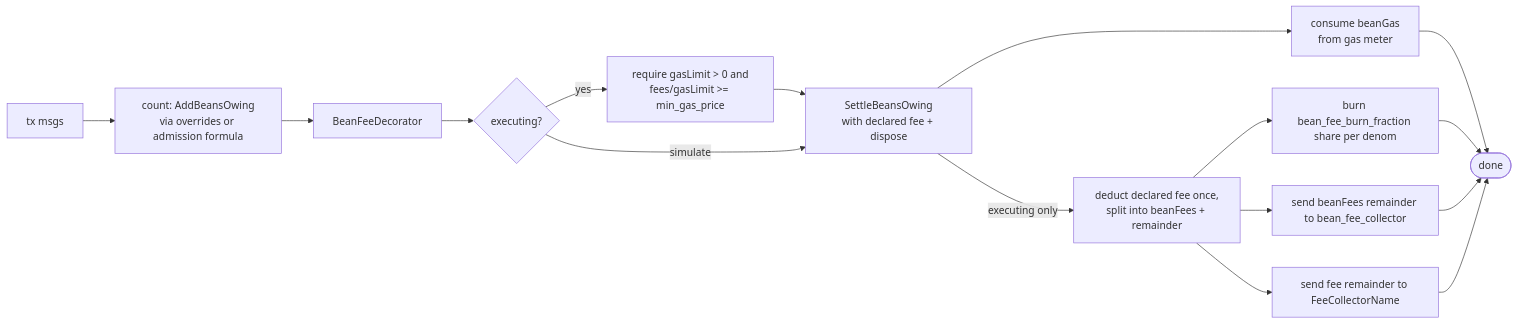
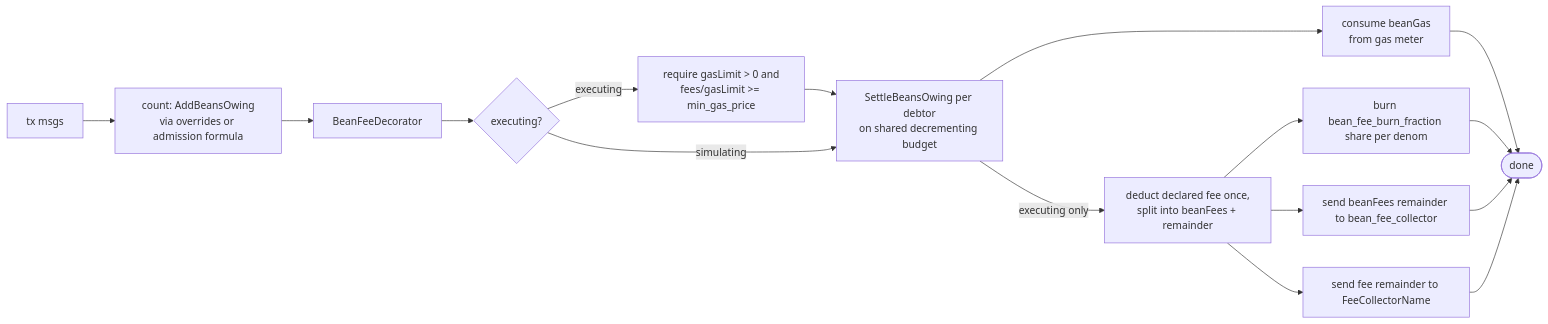
Before and after one commit to kriscendobot/agoric-sdk: the diagram in designs/beans-v2-deflation.md, drawn with Mermaid. The commit also changed other lines of this file, not shown here.

First line of the commit message:
docs(beans-v2): resolve panel-2 must-fix findings

````diff
--- a/designs/beans-v2-deflation.md
+++ b/designs/beans-v2-deflation.md
@@ -363,18 +425,18 @@
 ```mermaid
 flowchart LR
   A[tx msgs] --> B["count: AddBeansOwing<br/>via overrides or admission formula"]
   B --> C[BeanFeeDecorator]
   C --> D{executing?}
-  D -- yes --> E["require gasLimit > 0 and<br/>fees/gasLimit >= min_gas_price"]
-  E --> F["SettleBeansOwing<br/>with declared fee + dispose"]
-  D -- simulate --> F
+  D -- executing --> E["require gasLimit > 0 and<br/>fees/gasLimit >= min_gas_price"]
+  E --> F["SettleBeansOwing per debtor<br/>on shared decrementing budget"]
+  D -- simulating --> F
   F --> G["consume beanGas<br/>from gas meter"]
   F -- executing only --> H["deduct declared fee once,<br/>split into beanFees + remainder"]
   H --> I["burn bean_fee_burn_fraction share per denom"]
   H --> J["send beanFees remainder to bean_fee_collector"]
   H --> L["send fee remainder to FeeCollectorName"]
   G --> K([done])
   I --> K
   J --> K
   L --> K
 ```
````
